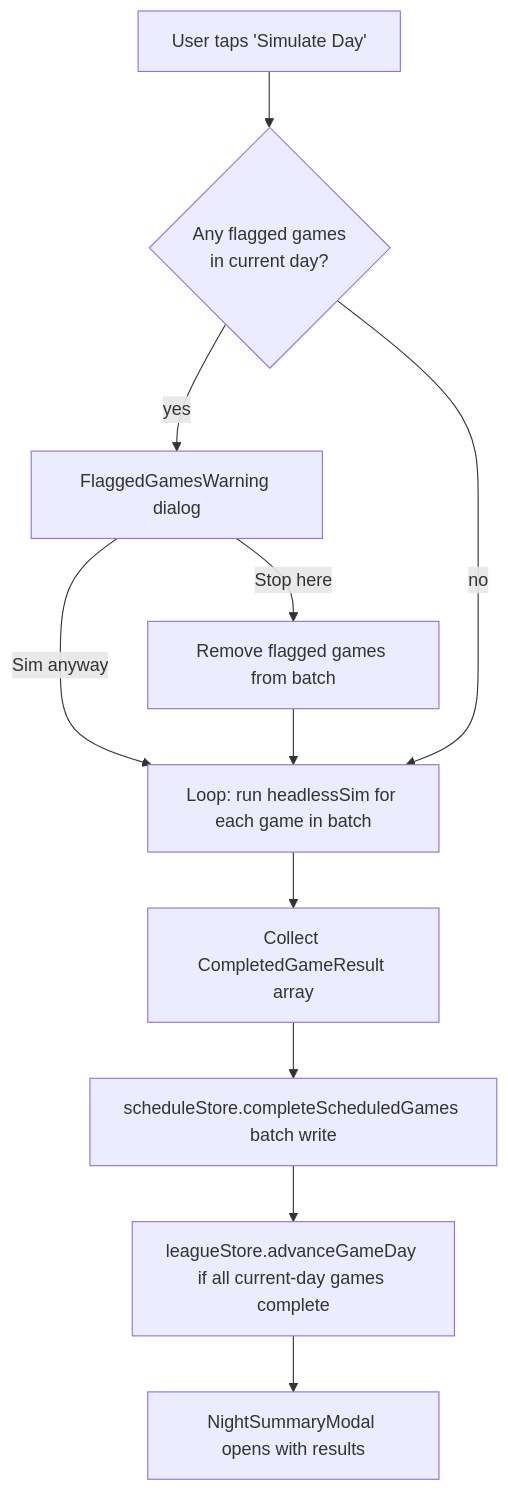
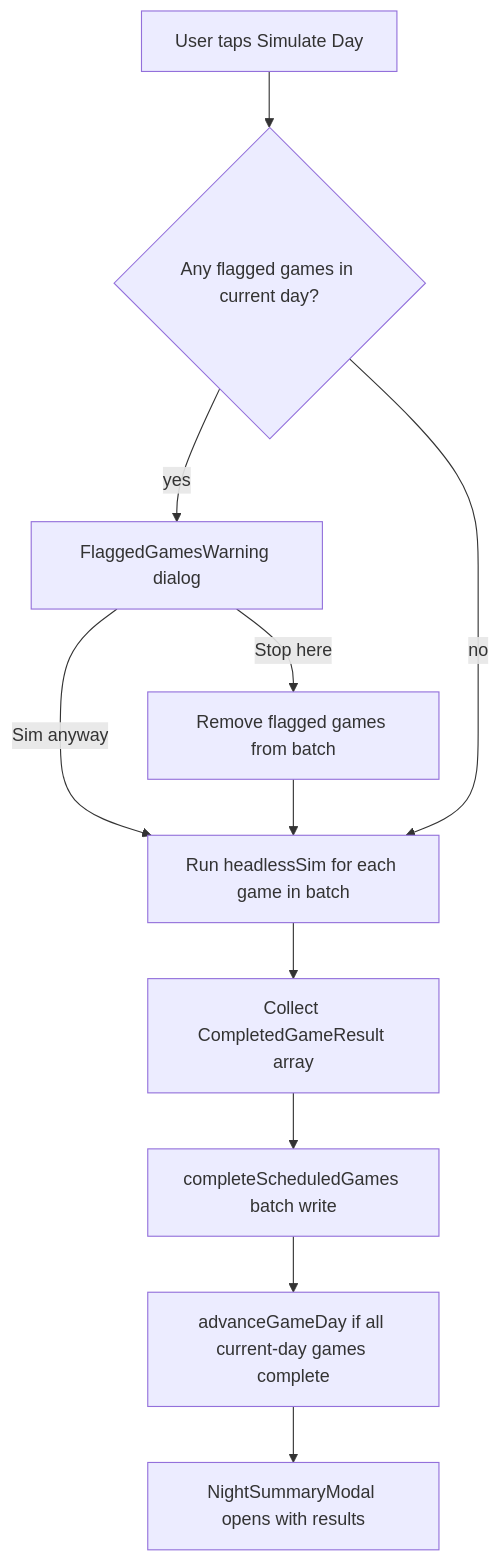
Before and after one commit to maniator/blipit-legends: the third of 3 diagrams in docs/league-mode/gameplay-modes.md, drawn with Mermaid. The commit also changed other lines of this file and 7 other files, not shown here.

First line of the commit message:
docs: epoch bump decision, schedule algorithm, fix all Mermaid diagrams

````diff
--- a/docs/league-mode/gameplay-modes.md
+++ b/docs/league-mode/gameplay-modes.md
@@ -164,14 +164,13 @@
 ```mermaid
 flowchart TD
-    A[User taps 'Simulate Day'] --> B{Any flagged games\nin current day?}
+    A[User taps Simulate Day] --> B{Any flagged games in current day?}
     B -->|yes| C[FlaggedGamesWarning dialog]
-    C -->|Sim anyway| D
+    C -->|Sim anyway| D[Run headlessSim for each game in batch]
     C -->|Stop here| E[Remove flagged games from batch]
     E --> D
     B -->|no| D
-    D[Loop: run headlessSim for each game in batch]
     D --> F[Collect CompletedGameResult array]
-    F --> G[scheduleStore.completeScheduledGames batch write]
-    G --> H[leagueStore.advanceGameDay if all current-day games complete]
+    F --> G[completeScheduledGames batch write]
+    G --> H[advanceGameDay if all current-day games complete]
     H --> I[NightSummaryModal opens with results]
 ```
````
